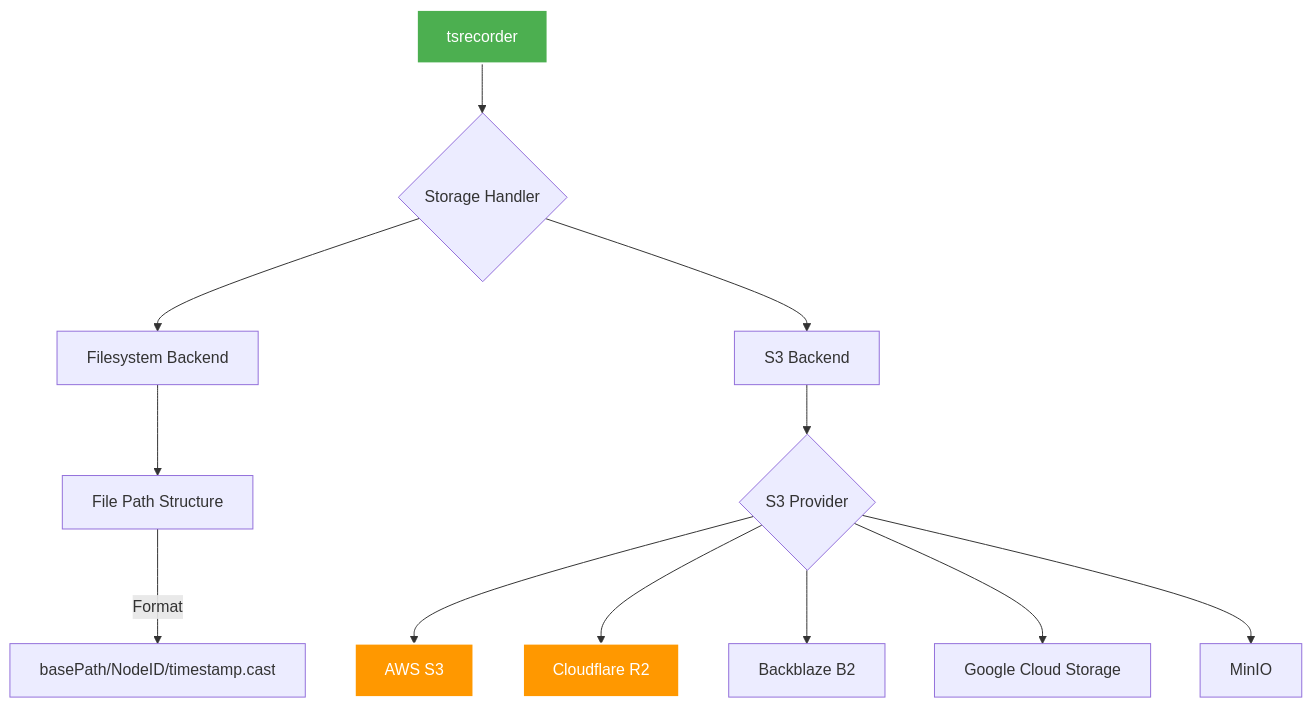
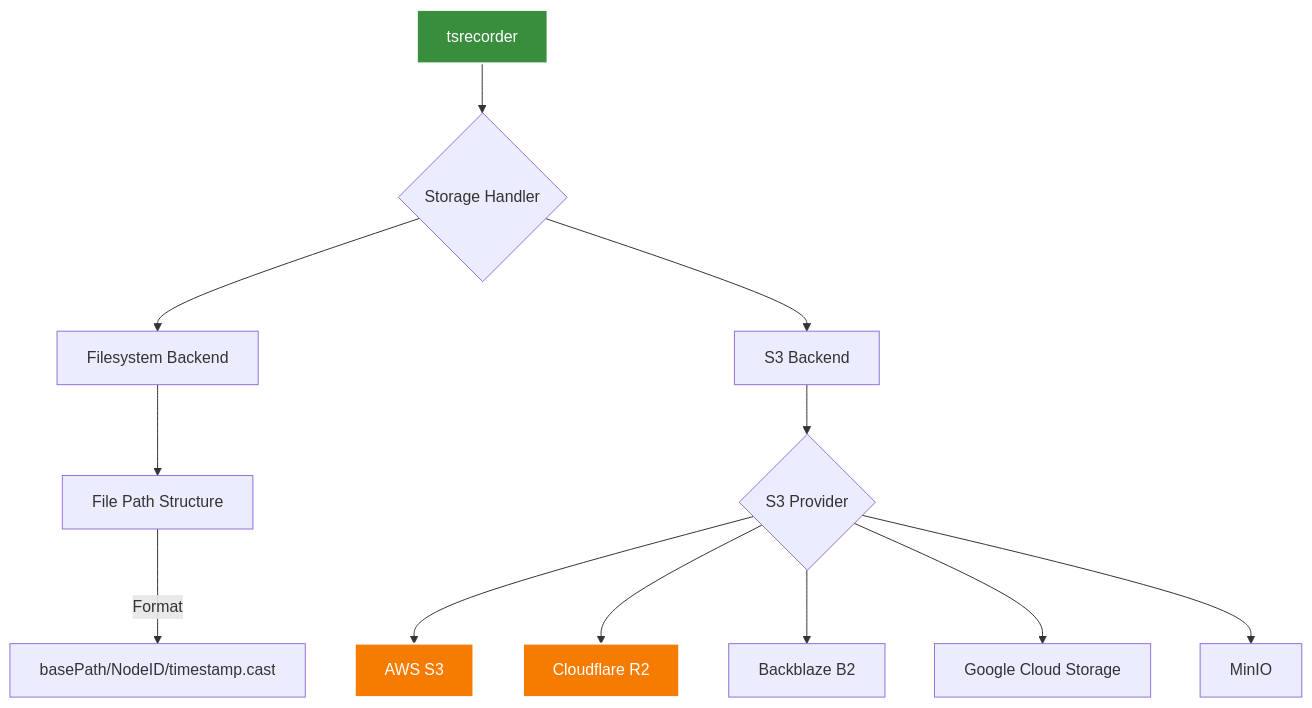
The fifth of 11 diagrams in content/diagrams/system-design/tailscale-recorder-architecture/index.md (rajsinghtech/claude-diagrams), drawn with Mermaid before and after one commit. The commit also changed other lines of this file and 5 other files, not shown here.

First line of the commit message:
Enhance SVG diagram standards and validation processes

````diff
--- a/content/diagrams/system-design/tailscale-recorder-architecture/index.md
+++ b/content/diagrams/system-design/tailscale-recorder-architecture/index.md
@@ -156,21 +156,21 @@
 ```mermaid
 graph TD
     R[tsrecorder] --> SH{Storage Handler}
     
     SH --> FS[Filesystem Backend]
     SH --> S3[S3 Backend]
     
     FS --> FP[File Path Structure]
     FP --> |Format| FSS[basePath/NodeID/timestamp.cast]
     
     S3 --> S3C{S3 Provider}
     S3C --> AWS[AWS S3]
     S3C --> CF[Cloudflare R2]
     S3C --> BB[Backblaze B2]
     S3C --> GCS[Google Cloud Storage]
     S3C --> MIN[MinIO]
     
-    style R fill:#4caf50,stroke:#fff,stroke-width:2px,color:#fff
-    style AWS fill:#ff9800,stroke:#fff,stroke-width:2px,color:#fff
-    style CF fill:#ff9800,stroke:#fff,stroke-width:2px,color:#fff
+    style R fill:#388e3c,stroke:#fff,stroke-width:2px,color:#fff
+    style AWS fill:#f57c00,stroke:#fff,stroke-width:2px,color:#fff
+    style CF fill:#f57c00,stroke:#fff,stroke-width:2px,color:#fff
 ```
````
